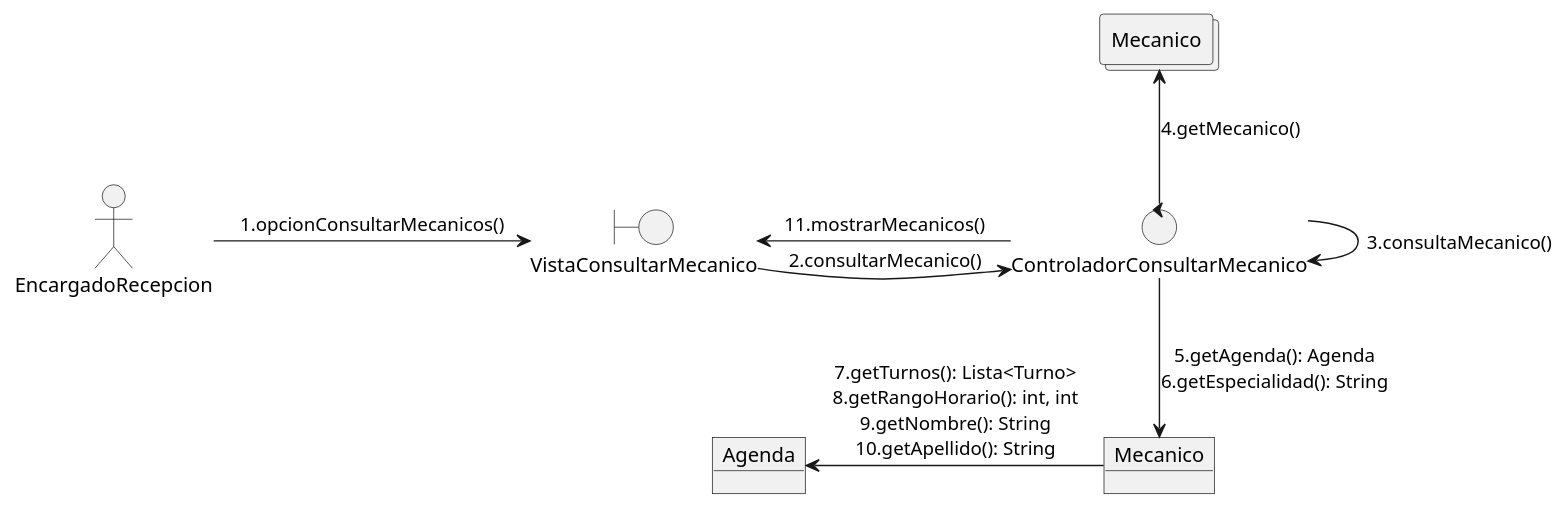
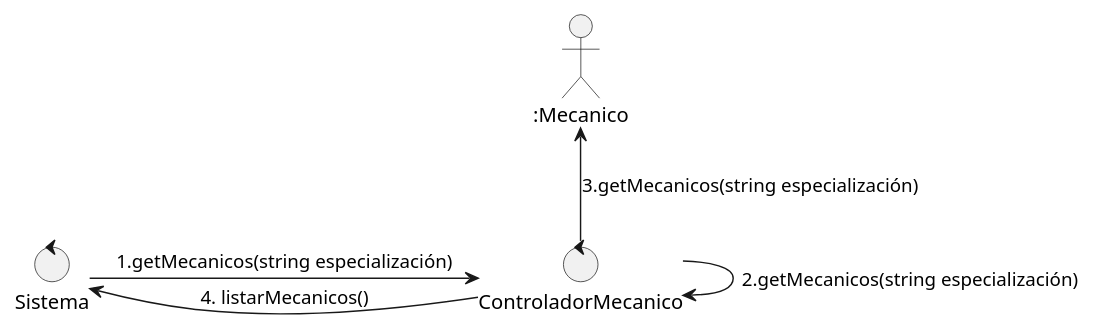
One commit to MatiasCermak/tp-integrador-doo changed the diagram in UML/Diagrama_Colab_Consultar_Mec.puml. Above: the diagram before and after it, drawn with PlantUML. The commit also changed 5 other files, not shown here.

```diff
--- a/UML/Diagrama_Colab_Consultar_Mec.puml
+++ b/UML/Diagrama_Colab_Consultar_Mec.puml
@@ -1,18 +1,13 @@
 @startuml Diagrama Colaboracion Consultar Mecanico
 
 allow_mixing
-actor :EncargadoRecepcion: as encRec
-boundary "VistaConsultarMecanico" as view
-control "ControladorConsultarMecanico" as ctrl
-collections "Mecanico" as col
-object "Mecanico" as mec
-object "Agenda" as age
-encRec->view : 1.opcionConsultarMecanicos()
-view->ctrl : 2.consultarMecanico()
-ctrl->ctrl : 3.consultaMecanico()
-ctrl-up->col : 4.getMecanico()
-ctrl -down-> mec : 5.getAgenda(): Agenda\n6.getEspecialidad(): String
-mec -left-> age : 7.getTurnos(): Lista<Turno>\n8.getRangoHorario(): int, int\n9.getNombre(): String\n10.getApellido(): String
-view<-ctrl : 11.mostrarMecanicos()
+control "Sistema" as sist
+control "ControladorMecanico" as ctrl
+collections ":Mecanico" as col
+
+sist -right-> ctrl : 1.getMecanicos(string especialización)
+ctrl --> ctrl : 2.getMecanicos(string especialización)
+ctrl -up-> col : 3.getMecanicos(string especialización)
+ctrl -left-> sist : 4. listarMecanicos()
 
 @enduml
```
